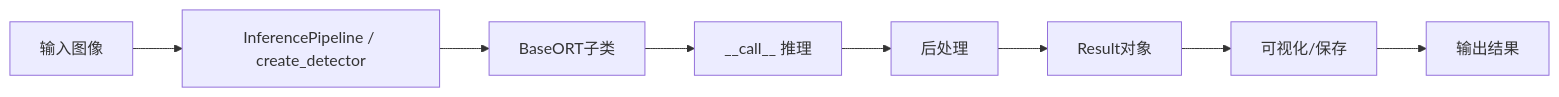
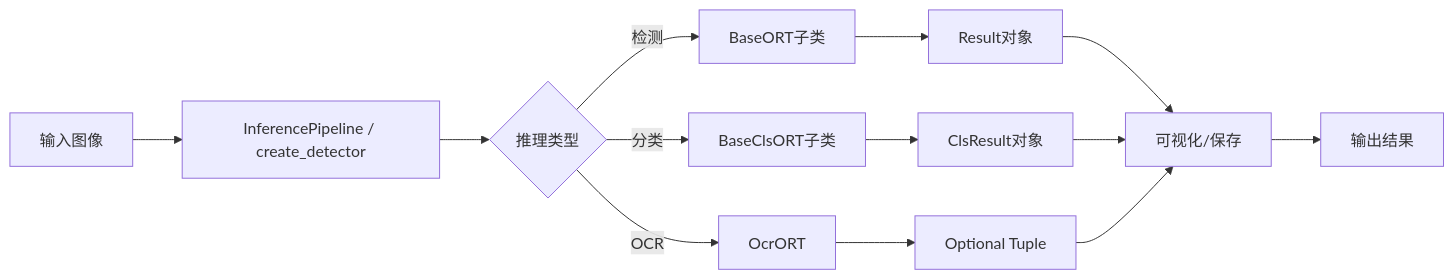
Before and after one commit to yyq19990828/onnxtools: the diagram in onnxtools/CLAUDE.md, drawn with Mermaid. The commit also changed other lines of this file and 11 other files, not shown here.

````diff
--- a/onnxtools/CLAUDE.md
+++ b/onnxtools/CLAUDE.md
@@ -438,10 +485,15 @@
 ```mermaid
 graph LR
     A[输入图像] --> B[InferencePipeline / create_detector]
-    B --> C[BaseORT子类]
-    C --> D[__call__ 推理]
-    D --> E[后处理]
-    E --> F[Result对象]
-    F --> G[可视化/保存]
-    G --> H[输出结果]
+    B --> C{推理类型}
+    C -->|检测| D[BaseORT子类]
+    C -->|分类| E[BaseClsORT子类]
+    C -->|OCR| F[OcrORT]
+    D --> G[Result对象]
+    E --> H[ClsResult对象]
+    F --> I[Optional Tuple]
+    G --> J[可视化/保存]
+    H --> J
+    I --> J
+    J --> K[输出结果]
 ```
````
